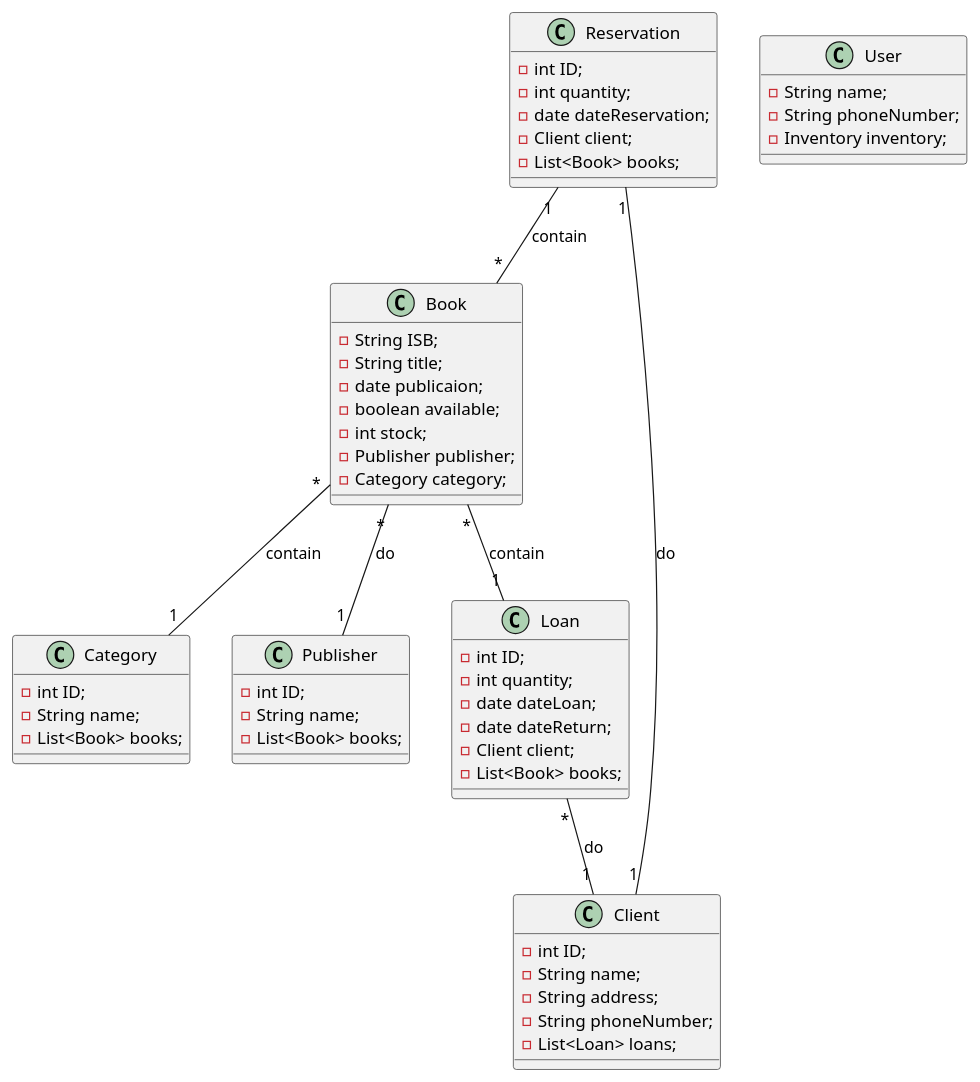
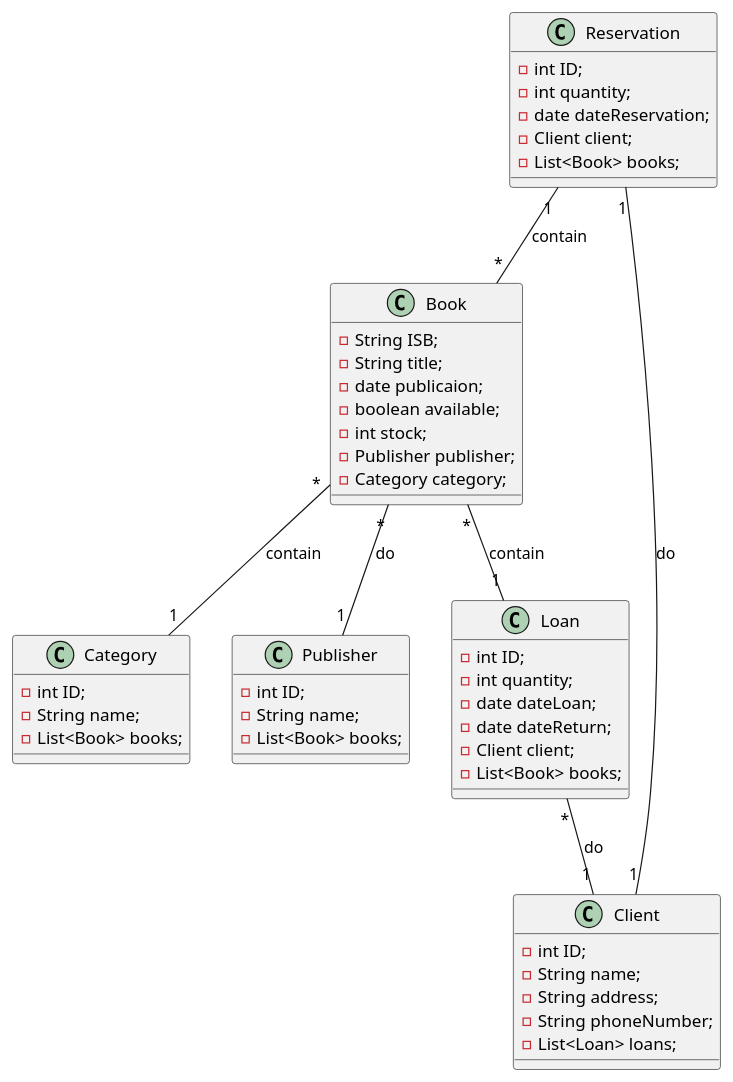
One commit to Juan-J-Barraza/LibraTech changed the diagram in src/co/edu/unicolombo/s3/poo/inventory/library/Docs/diagrams.puml. Above: the diagram before and after it, drawn with PlantUML. The commit also changed 6 other files, not shown here.

```diff
--- a/src/co/edu/unicolombo/s3/poo/inventory/library/Docs/diagrams.puml
+++ b/src/co/edu/unicolombo/s3/poo/inventory/library/Docs/diagrams.puml
@@ -1,76 +1,70 @@
 @startuml ""
 
 
 class Book {
     - String ISB;
     - String title;
     - date publicaion;
     - boolean available;
     - int stock;
     - Publisher publisher;
     - Category category;
 }
 
-
-class User {
-    - String name;
-    - String phoneNumber;
-    - Inventory inventory;
-}
 
 
 class Category {
     - int ID;
     - String name;
     - List<Book> books;
 }
 
 
 class Publisher {
     - int ID;
     - String name;
     - List<Book> books;
 }
 
 
 class Client {
     - int ID;
     - String name;
     - String address;
     - String phoneNumber;
     - List<Loan> loans;
 
 }
 
 class Loan {
     - int ID;
     - int quantity;
     - date dateLoan;
     - date dateReturn;
     - Client client;
     - List<Book> books;
 
 }
 
 class Reservation {
     - int ID;
     - int quantity;
     - date dateReservation;
     - Client client;
     - List<Book> books;
 }
 
 
 
 ' relatioships
 
 Book "*" -- "1" Publisher: do
 Book "*" -- "1" Category: contain
 Book "*" -- "1" Loan: contain
 Loan "*" -- "1" Client: do
 Reservation "1" -- "1" Client: do
 Reservation "1" -- "*" Book: contain
 
 
 
 @enduml
```
